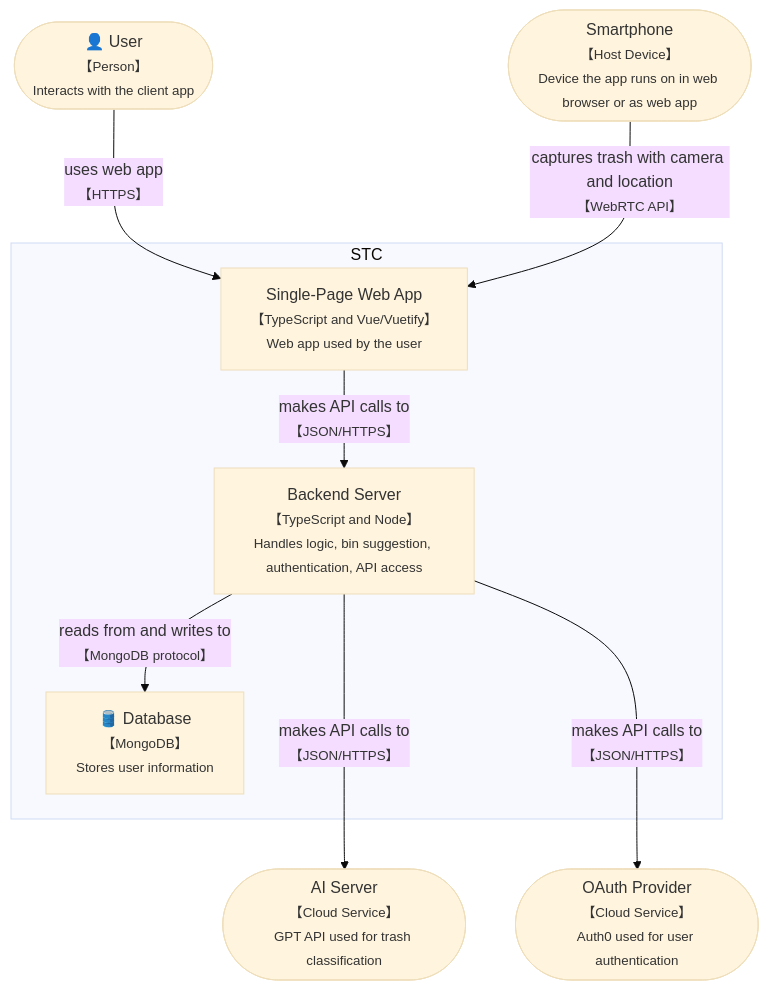
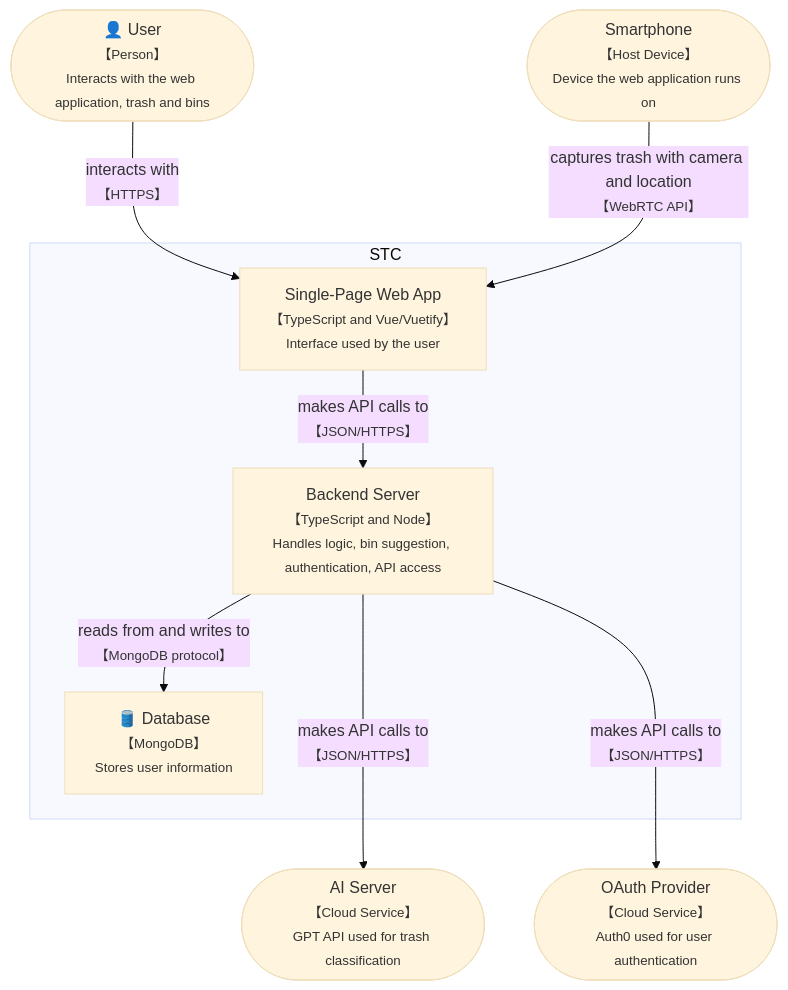
The second of 3 diagrams in docs/architecture.md (LeanSystemsLab/stc-app), drawn with Mermaid (base theme) before and after one commit. The commit also changed other lines of this file and 31 other files, not shown here.

````diff
--- a/docs/architecture.md
+++ b/docs/architecture.md
@@ -113,29 +113,29 @@
 ```mermaid
 flowchart TD
     %% External Actors
-    user(["👤 User<br/><small>【Person】<br/>Interacts with the client app</small>"])
-    smartphone(["Smartphone<br/><small>【Host Device】<br/>Device the app runs on in web browser or as web app</small>"])
+    user(["👤 User<br/><small>【Person】<br/>Interacts with the web application, trash and bins</small>"])
+    smartphone(["Smartphone<br/><small>【Host Device】<br/>Device the web application runs on</small>"])
     oauth(["OAuth Provider<br/><small>【Cloud Service】<br/>Auth0 used for user authentication</small>"])
     serverAI(["AI Server<br/><small>【Cloud Service】<br/>GPT API used for trash classification</small>"])
 
     %% Internal Containers
-    client["Single-Page Web App<br/><small>【TypeScript and Vue/Vuetify】<br/>Web app used by the user</small>"]
+    client["Single-Page Web App<br/><small>【TypeScript and Vue/Vuetify】<br/>Interface used by the user</small>"]
     db["🛢️ Database<br/><small>【MongoDB】<br/>Stores user information</small>"]
 
     backend["Backend Server<br/><small>【TypeScript and Node】<br/>Handles logic, bin suggestion, authentication, API access</small>"]
     
     %% Grouping: STC
     subgraph STC
         client
         backend
         db
     end
 
     %% Relationships
-    user --> | uses web app<br/><small>【HTTPS】</small>| client
+    user --> | interacts with<br/><small>【HTTPS】</small>| client
     client --> | makes API calls to<br/><small>【JSON/HTTPS】</small>| backend
     smartphone --> | captures trash with camera and location<br/><small>【WebRTC API】</small> |client
     backend --> | reads from and writes to<br/><small>【MongoDB protocol】</small> | db
     backend ---> | makes API calls to<br/><small>【JSON/HTTPS】</small> | serverAI
     backend ---> | makes API calls to<br/><small>【JSON/HTTPS】</small> | oauth
 ```
````
